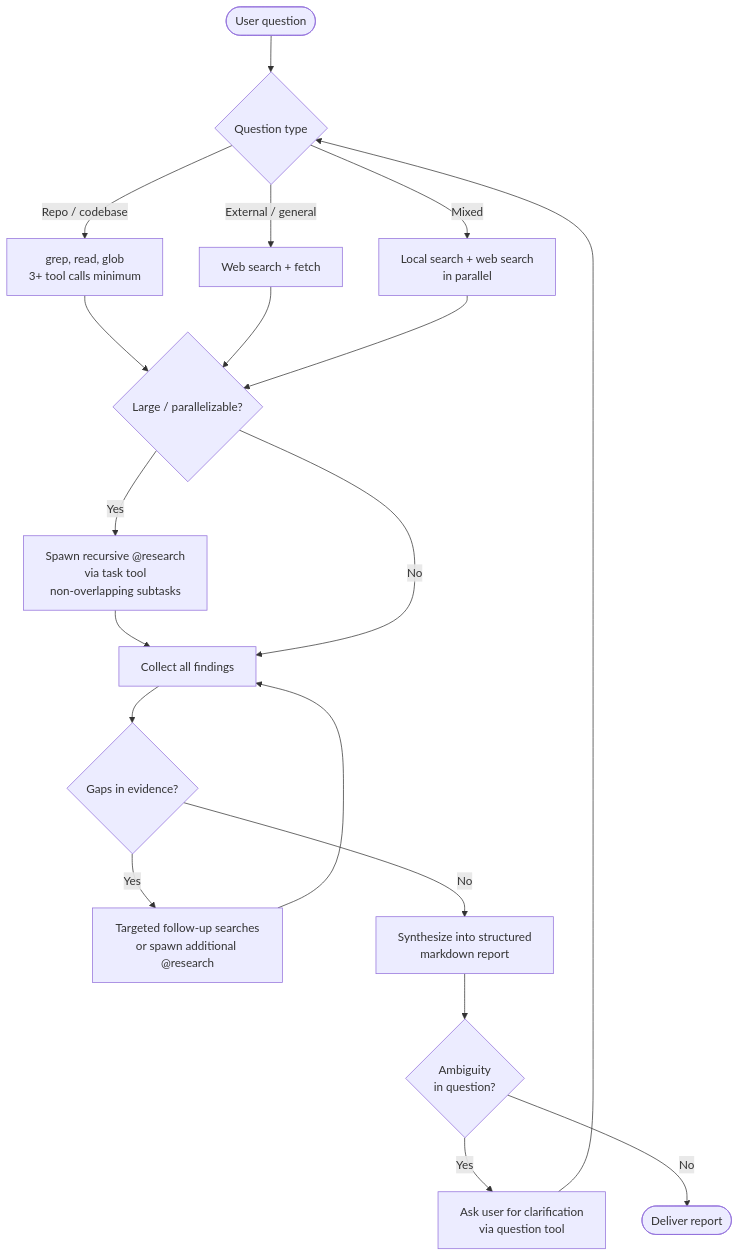
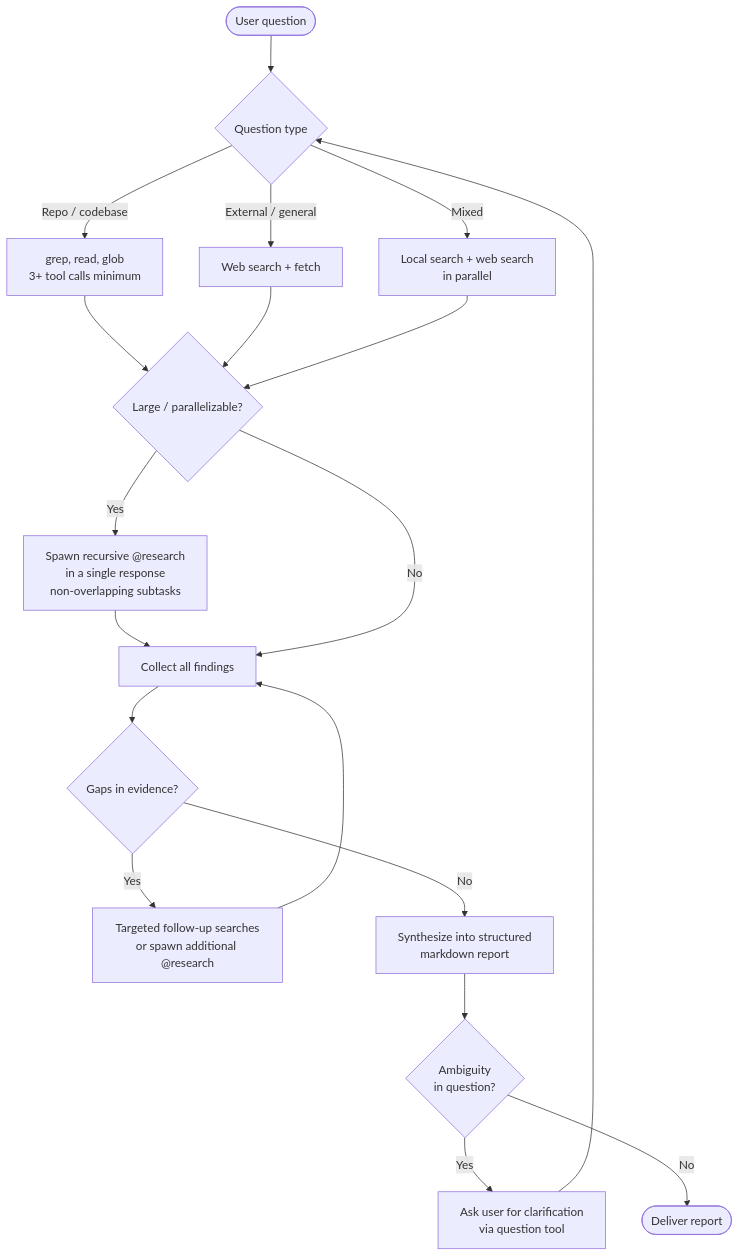
One commit to juliankahlert/opencode-config changed the diagram in pages/src/absurd/research.md. Above: the diagram before and after it, drawn with Mermaid. The commit also changed other lines of this file and 9 other files, not shown here.

````diff
--- a/pages/src/absurd/research.md
+++ b/pages/src/absurd/research.md
@@ -20,26 +20,26 @@
 ```mermaid
 flowchart TD
     QUESTION([User question]) --> CLASSIFY{Question type}
 
     CLASSIFY -->|Repo / codebase| LOCAL[grep, read, glob<br/>3+ tool calls minimum]
     CLASSIFY -->|External / general| WEB[Web search + fetch]
     CLASSIFY -->|Mixed| BOTH[Local search + web search<br/>in parallel]
 
     LOCAL --> BIG{Large / parallelizable?}
     WEB --> BIG
     BOTH --> BIG
 
-    BIG -->|Yes| SPAWN[Spawn recursive @research<br/>via task tool<br/>non-overlapping subtasks]
+    BIG -->|Yes| SPAWN[Spawn recursive @research<br/>in a single response<br/>non-overlapping subtasks]
     SPAWN --> COLLECT
     BIG -->|No| COLLECT
 
     COLLECT[Collect all findings] --> GAPS{Gaps in evidence?}
     GAPS -->|Yes| FOLLOWUP[Targeted follow-up searches<br/>or spawn additional @research]
     FOLLOWUP --> COLLECT
     GAPS -->|No| SYNTHESIZE
 
     SYNTHESIZE[Synthesize into structured<br/>markdown report] --> CLARIFY{Ambiguity<br/>in question?}
     CLARIFY -->|Yes| ASK[Ask user for clarification<br/>via question tool]
     ASK --> CLASSIFY
     CLARIFY -->|No| DELIVER([Deliver report])
 ```
````
